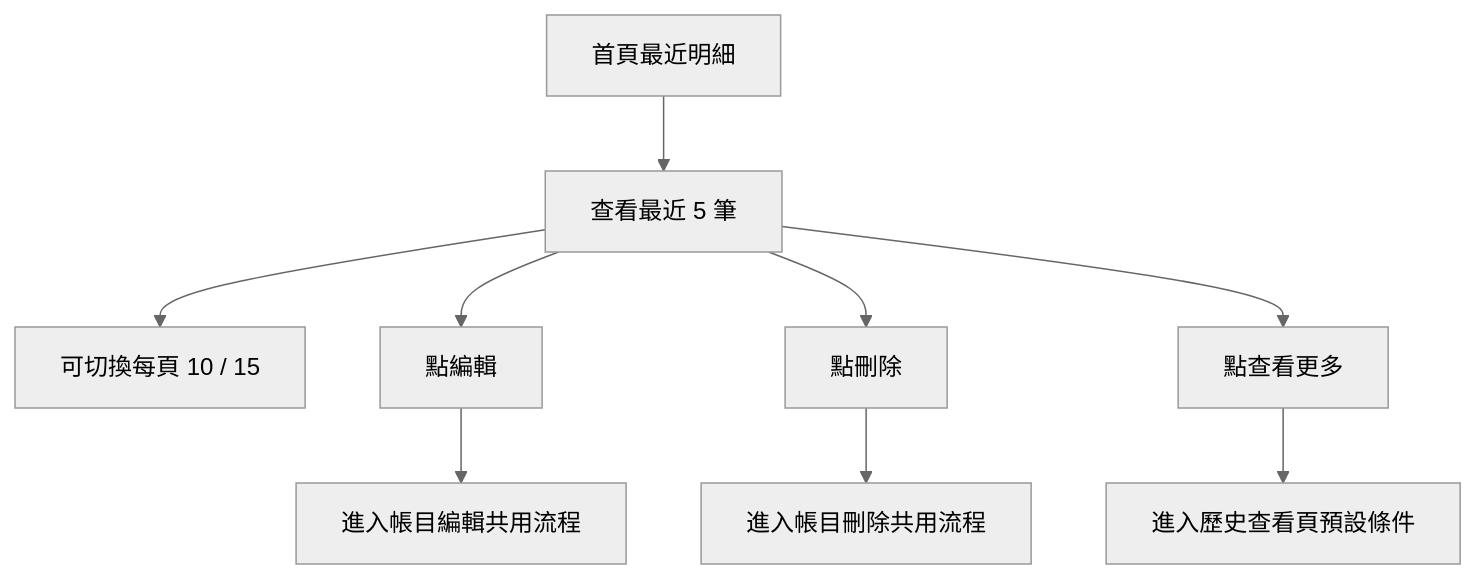
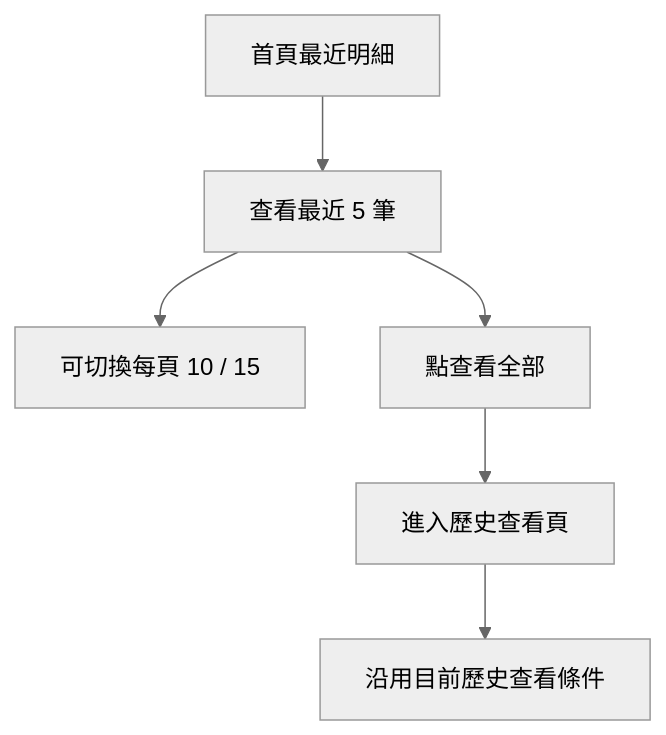
Before and after one commit to ivyliu1201/personal-accounting-app: the fourth of 12 diagrams in FLOW.md, drawn with Mermaid (neutral theme). The commit also changed other lines of this file and 2 other files, not shown here.

````diff
--- a/FLOW.md
+++ b/FLOW.md
@@ -49,11 +49,8 @@
 ```mermaid
 flowchart TD
 A[首頁最近明細] --> B[查看最近 5 筆]
 B --> C[可切換每頁 10 / 15]
-B --> D[點編輯]
-B --> E[點刪除]
-B --> F[點查看更多]
-D --> G[進入帳目編輯共用流程]
-E --> H[進入帳目刪除共用流程]
-F --> I[進入歷史查看頁預設條件]
+B --> D[點查看全部]
+D --> E[進入歷史查看頁]
+E --> F[沿用目前歷史查看條件]
 ```
````
